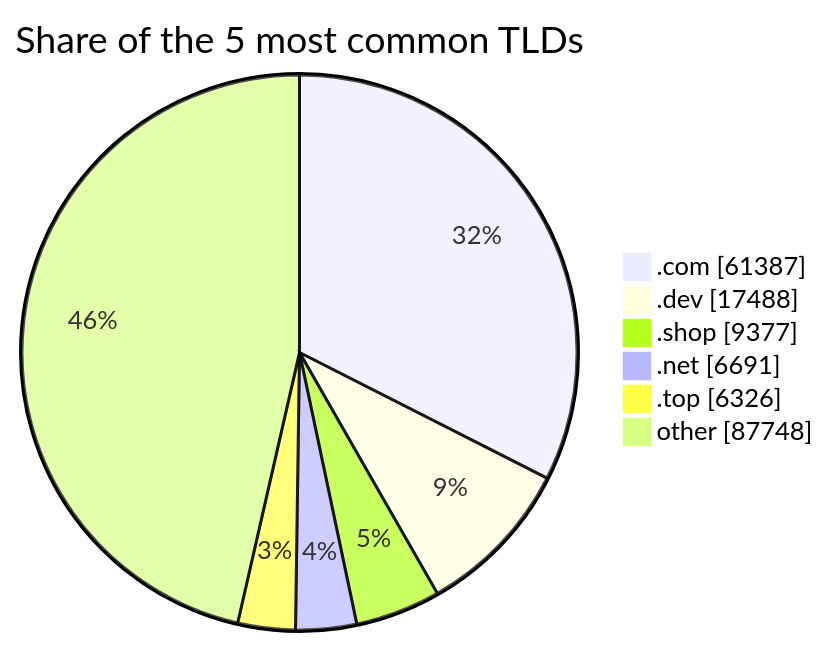
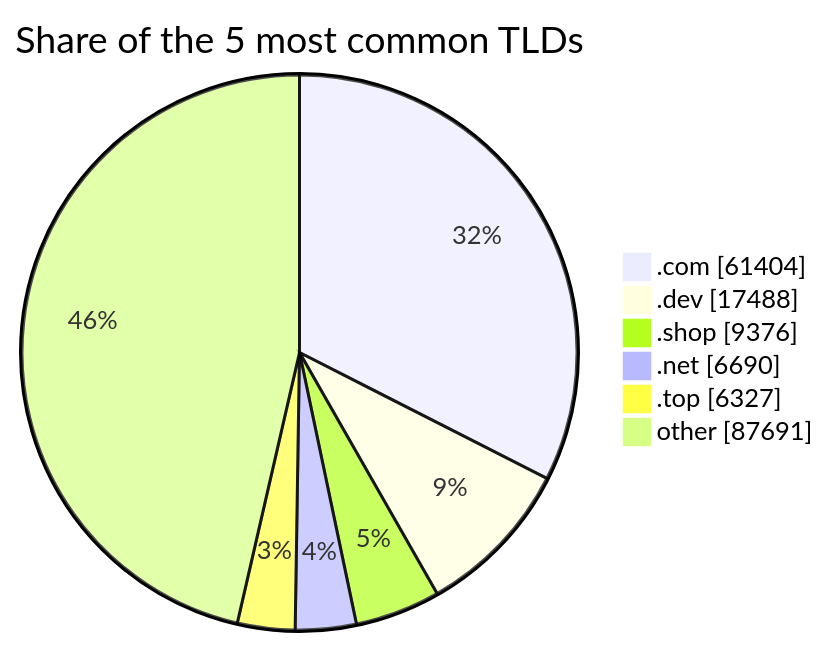
The third of 3 diagrams in README.md (DNSBunker/CTI), drawn with Mermaid before and after one commit. The commit also changed other lines of this file and 3 other files, not shown here.

````diff
--- a/README.md
+++ b/README.md
@@ -81,9 +81,9 @@
 ```mermaid
 pie showData title Share of the 5 most common TLDs
-    ".com" : 61387
+    ".com" : 61404
     ".dev" : 17488
-    ".shop" : 9377
-    ".net" : 6691
-    ".top" : 6326
-    "other" : 87748
+    ".shop" : 9376
+    ".net" : 6690
+    ".top" : 6327
+    "other" : 87691
 ```
````
